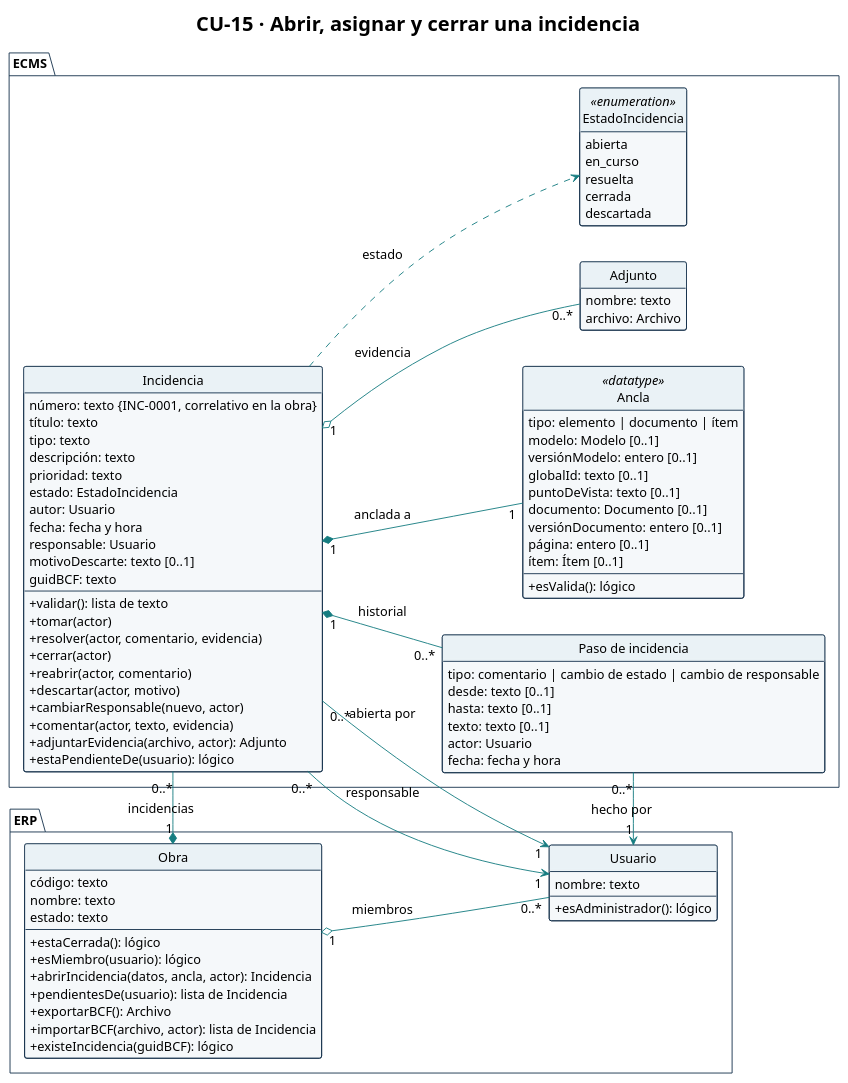
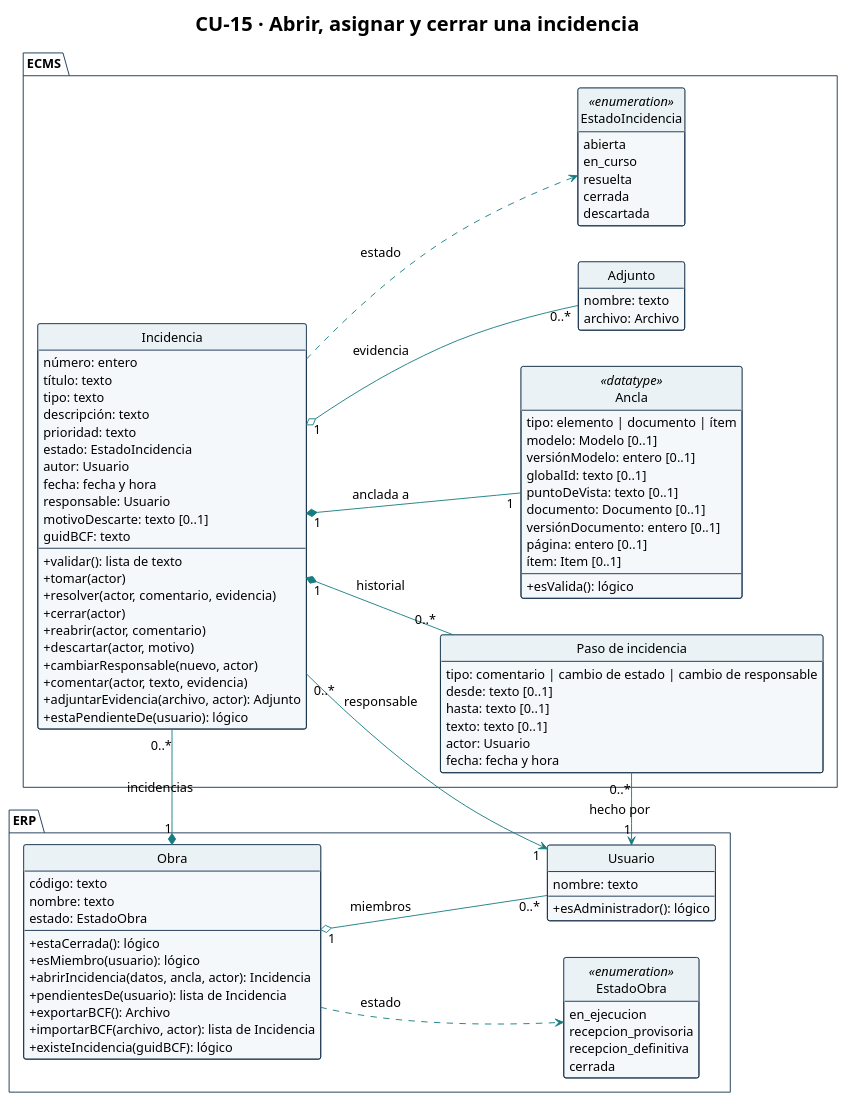
Before and after one commit to Ssrrb/tpf-uca: the diagram in diagramas/CU-15-clases.puml, drawn with PlantUML. The commit also changed 26 other files, not shown here.

```diff
--- a/diagramas/CU-15-clases.puml
+++ b/diagramas/CU-15-clases.puml
@@ -1,125 +1,133 @@
 @startuml
 !theme plain
 skinparam style strictuml
 title CU-15 · Abrir, asignar y cerrar una incidencia
 hide circle
 hide empty methods
 hide empty fields
 skinparam shadowing false
 skinparam classAttributeIconSize 0
 skinparam defaultFontName Arial
 skinparam defaultFontSize 14
 skinparam nodesep 40
 skinparam ranksep 50
 skinparam ArrowColor #167C80
 skinparam class {
   BackgroundColor #F5F8FA
   BorderColor #17324D
   HeaderBackgroundColor #EAF2F6
 }
 skinparam package {
   BackgroundColor #FFFFFF
   BorderColor #17324D
 }
 skinparam note {
   BackgroundColor #FFFFFF
   BorderColor #17324D
 }
 left to right direction
 
 package "ECMS" {
   class Incidencia {
-    número: texto {INC-0001, correlativo en la obra}
+    número: entero
     título: texto
     tipo: texto
     descripción: texto
     prioridad: texto
     estado: EstadoIncidencia
     autor: Usuario
     fecha: fecha y hora
     responsable: Usuario
     motivoDescarte: texto [0..1]
     guidBCF: texto
     --
     + validar(): lista de texto
     + tomar(actor)
     + resolver(actor, comentario, evidencia)
     + cerrar(actor)
     + reabrir(actor, comentario)
     + descartar(actor, motivo)
     + cambiarResponsable(nuevo, actor)
     + comentar(actor, texto, evidencia)
     + adjuntarEvidencia(archivo, actor): Adjunto
     + estaPendienteDe(usuario): lógico
   }
 
   class "Paso de incidencia" as PasoIncidencia {
     tipo: comentario | cambio de estado | cambio de responsable
     desde: texto [0..1]
     hasta: texto [0..1]
     texto: texto [0..1]
     actor: Usuario
     fecha: fecha y hora
   }
 
   class Ancla <<datatype>> {
     tipo: elemento | documento | ítem
     modelo: Modelo [0..1]
     versiónModelo: entero [0..1]
     globalId: texto [0..1]
     puntoDeVista: texto [0..1]
     documento: Documento [0..1]
     versiónDocumento: entero [0..1]
     página: entero [0..1]
-    ítem: Ítem [0..1]
+    ítem: Item [0..1]
     --
     + esValida(): lógico
   }
 
   class Adjunto {
     nombre: texto
     archivo: Archivo
   }
 
   enum EstadoIncidencia <<enumeration>> {
     abierta
     en_curso
     resuelta
     cerrada
     descartada
   }
 }
 
 package "ERP" {
   class Obra {
     código: texto
     nombre: texto
-    estado: texto
+    estado: EstadoObra
     --
     + estaCerrada(): lógico
     + esMiembro(usuario): lógico
     + abrirIncidencia(datos, ancla, actor): Incidencia
     + pendientesDe(usuario): lista de Incidencia
     + exportarBCF(): Archivo
     + importarBCF(archivo, actor): lista de Incidencia
     + existeIncidencia(guidBCF): lógico
   }
 
   class Usuario {
     nombre: texto
     --
     + esAdministrador(): lógico
   }
+
+  enum EstadoObra <<enumeration>> {
+    en_ejecucion
+    recepcion_provisoria
+    recepcion_definitiva
+    cerrada
+  }
 }
 
 Obra "1" *-- "0..*" Incidencia : incidencias
 Incidencia "1" *-- "0..*" PasoIncidencia : historial
 Incidencia "1" *-- "1" Ancla : anclada a
 Incidencia "1" o-- "0..*" Adjunto : evidencia
-Incidencia "0..*" --> "1" Usuario : abierta por
 Incidencia "0..*" --> "1" Usuario : responsable
 PasoIncidencia "0..*" --> "1" Usuario : hecho por
 Obra "1" o-- "0..*" Usuario : miembros
 Incidencia ..> EstadoIncidencia : estado
 
+Obra ..> EstadoObra : estado
+
 @enduml
```
